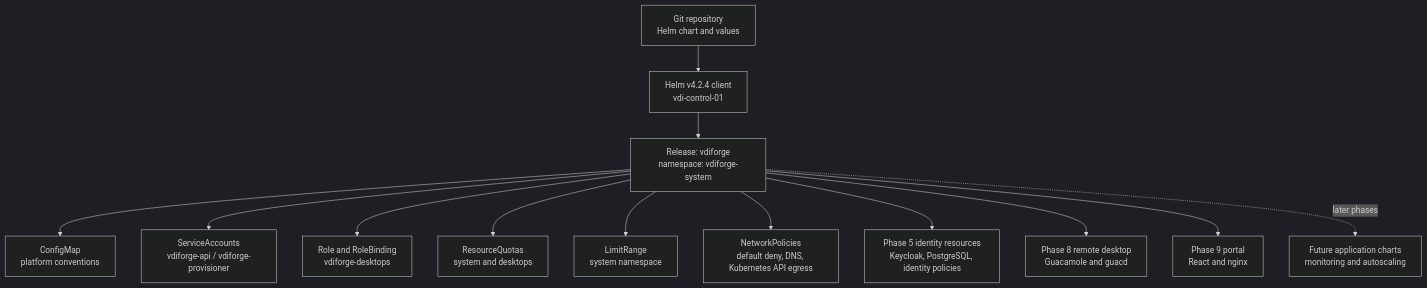
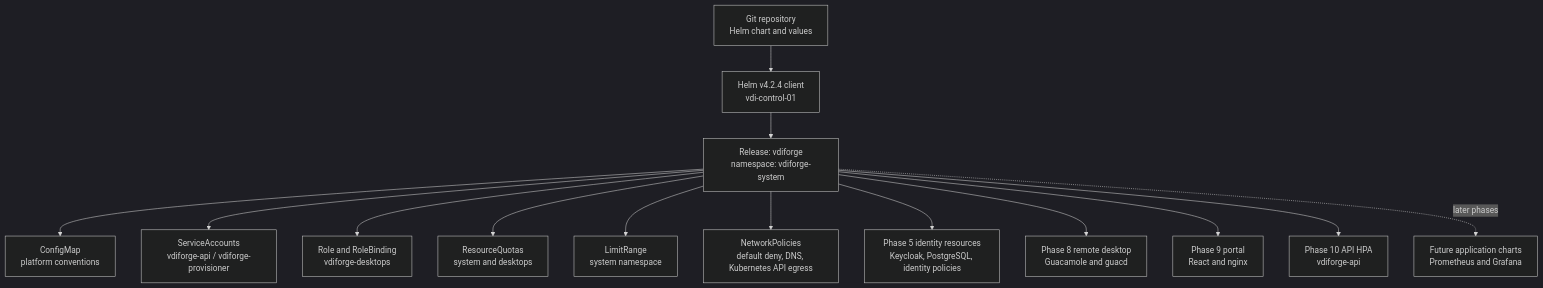
Before and after one commit to happelj/VDIForge: the fifth of 14 diagrams in docs/ARCHITECTURE.md, drawn with Mermaid (dark theme). The commit also changed other lines of this file and 32 other files, not shown here.

````diff
--- a/docs/ARCHITECTURE.md
+++ b/docs/ARCHITECTURE.md
@@ -154,29 +154,31 @@
 ```mermaid
 flowchart TB
   Git[Git repository<br/>Helm chart and values]
   Helm[Helm v4.2.4 client<br/>vdi-control-01]
   Release[Release: vdiforge<br/>namespace: vdiforge-system]
   CM[ConfigMap<br/>platform conventions]
   SA[ServiceAccounts<br/>vdiforge-api / vdiforge-provisioner]
   RBAC[Role and RoleBinding<br/>vdiforge-desktops]
   Quota[ResourceQuotas<br/>system and desktops]
   Limit[LimitRange<br/>system namespace]
   NP[NetworkPolicies<br/>default deny, DNS, Kubernetes API egress]
   Identity[Phase 5 identity resources<br/>Keycloak, PostgreSQL, identity policies]
   Remote[Phase 8 remote desktop<br/>Guacamole and guacd]
   Portal[Phase 9 portal<br/>React and nginx]
-  Future[Future application charts<br/>monitoring and autoscaling]
+  HPA[Phase 10 API HPA<br/>vdiforge-api]
+  Future[Future application charts<br/>Prometheus and Grafana]
 
   Git --> Helm
   Helm --> Release
   Release --> CM
   Release --> SA
   Release --> RBAC
   Release --> Quota
   Release --> Limit
   Release --> NP
   Release --> Identity
   Release --> Remote
   Release --> Portal
+  Release --> HPA
   Release -. later phases .-> Future
 ```
````
